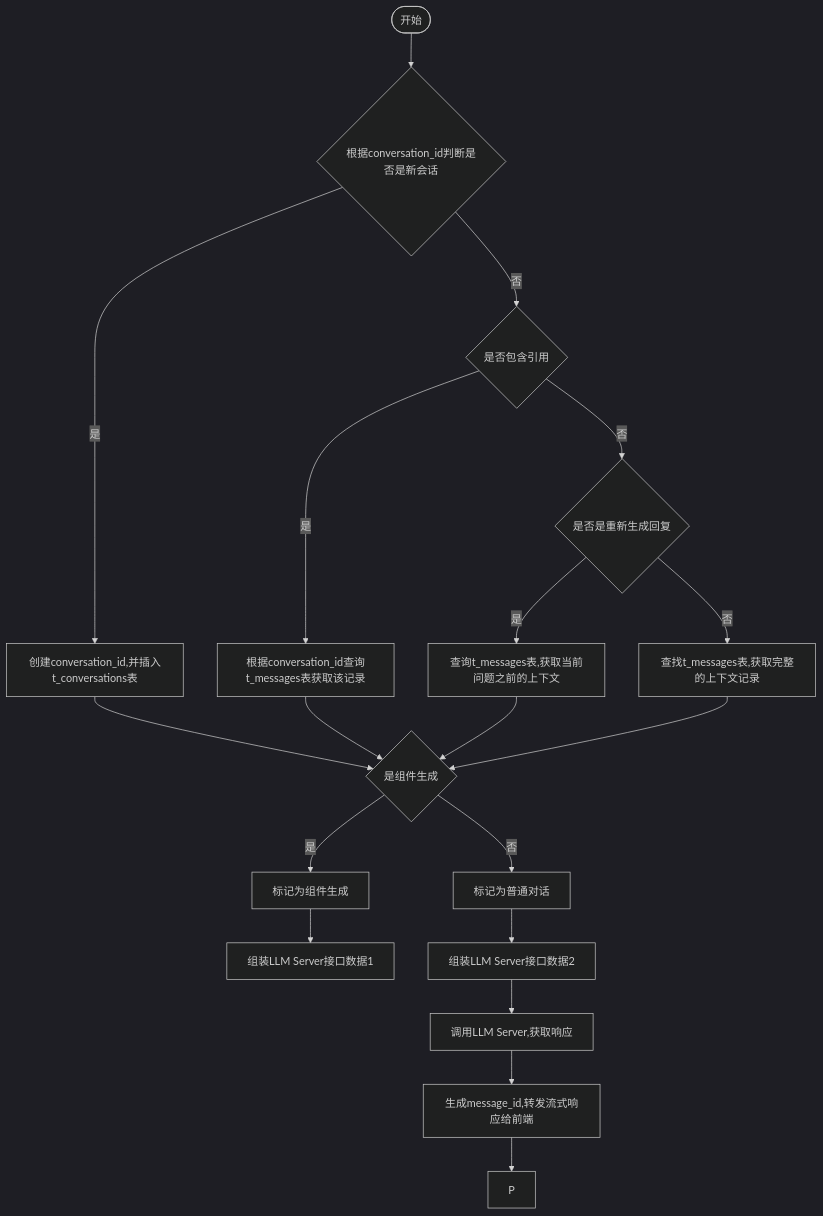
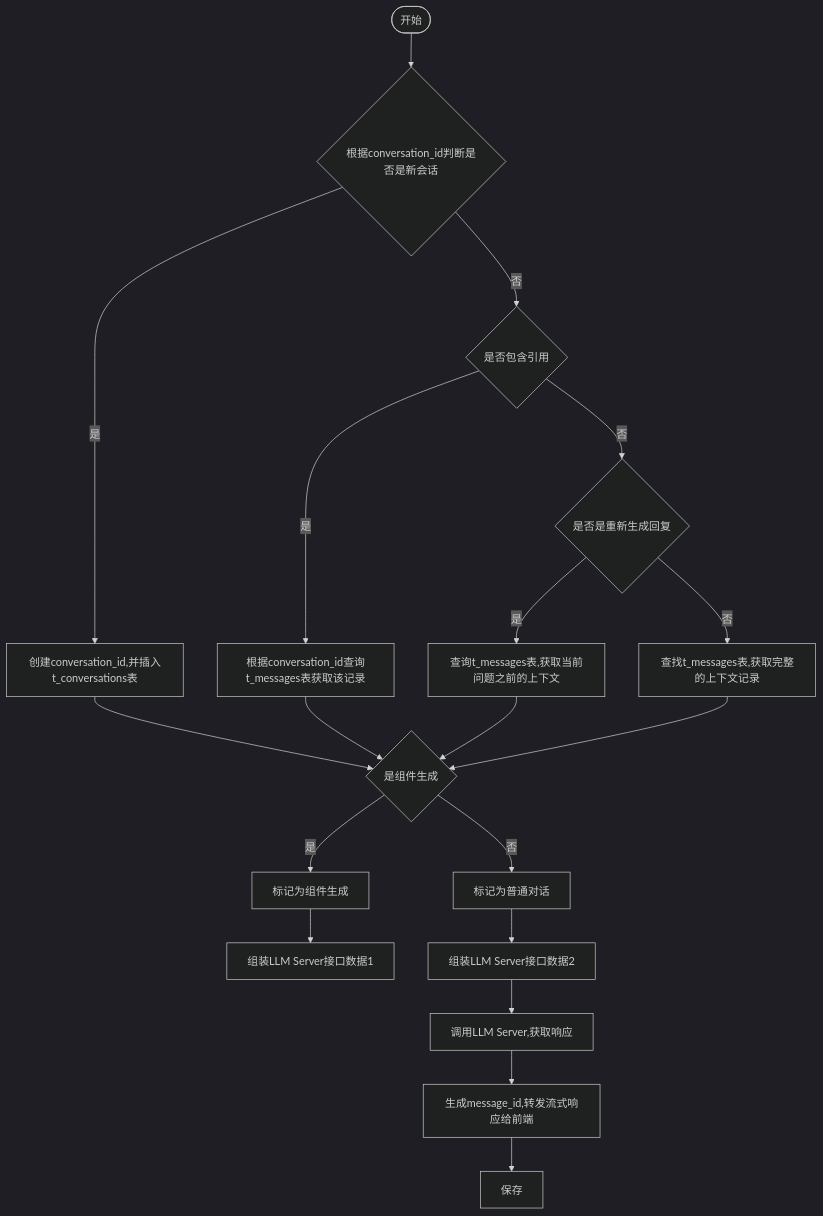
The diagram in all/未命名-7.md (yingjianzh/iodraw-files), drawn with Mermaid (dark theme) before and after one commit.

Commit message:
2024-10-12 14:31:54 update

````diff
--- a/all/未命名-7.md
+++ b/all/未命名-7.md
@@ -1,21 +1,21 @@
 ```mermaid
 flowchart TD
     A([开始]) --> B{根据conversation_id判断是否是新会话}
     B -- 是 --> C[创建conversation_id,并插入t_conversations表]
     B -- 否 --> D{是否包含引用}
     D -- 是 --> E[根据conversation_id查询t_messages表获取该记录]
     D -- 否 --> F{是否是重新生成回复}
     F -- 是 --> G[查询t_messages表,获取当前问题之前的上下文]
     F -- 否 --> H[查找t_messages表,获取完整的上下文记录]
      
     C & E & G & H --> I{是组件生成}
     I -- 是 --> J[标记为组件生成]
     I -- 否 --> K[标记为普通对话]
 
     J --> L[组装LLM Server接口数据1]    
     K --> M[组装LLM Server接口数据2]    
     M --> N[调用LLM Server,获取响应]    
     N --> O[生成message_id,转发流式响应给前端]
-    O --> P
+    O --> P[保存]
 
 ```
````
